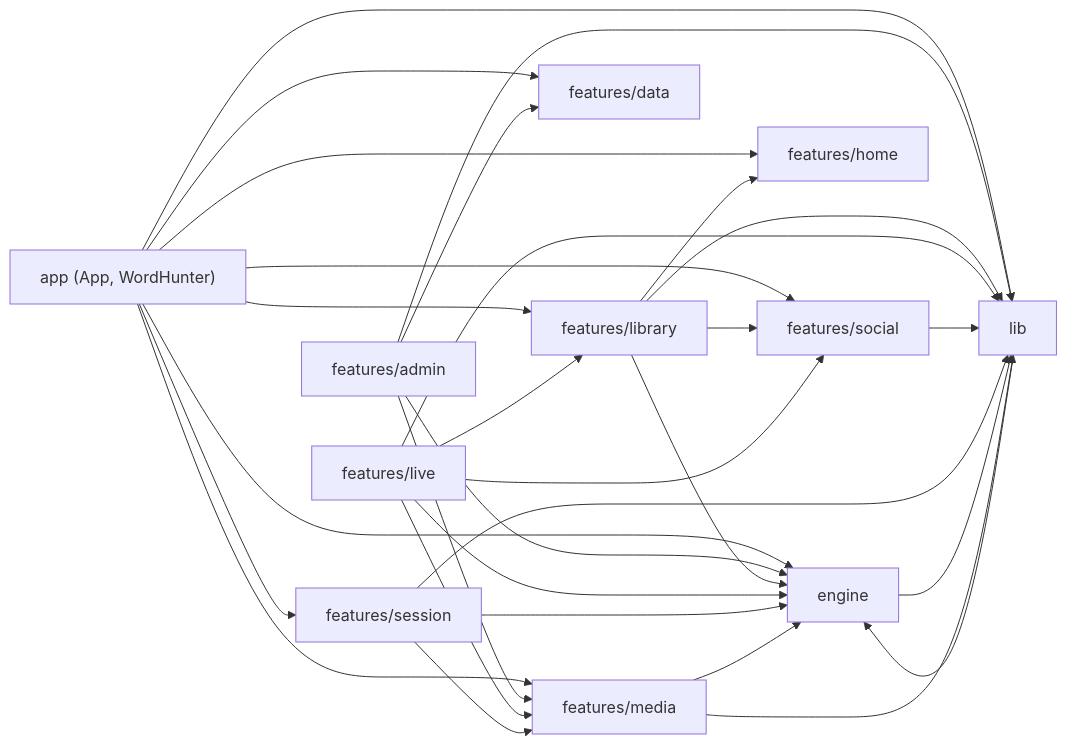
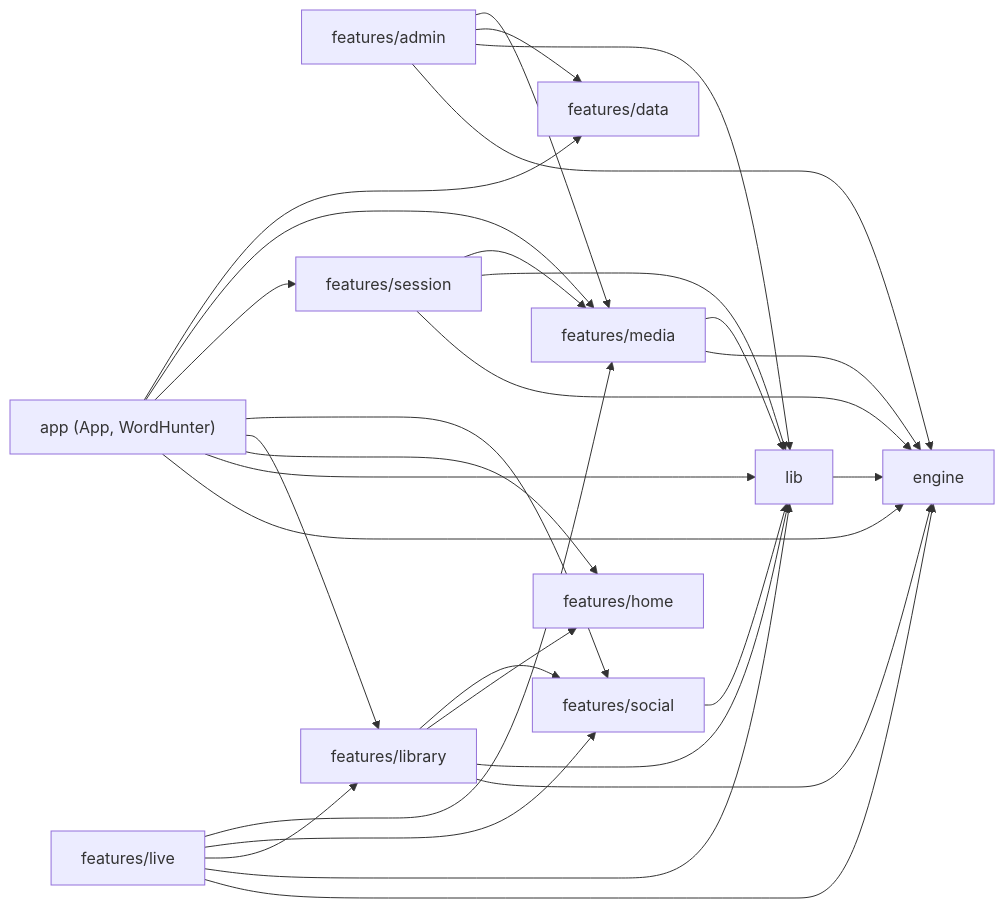
One commit to khaleddoosama/english-game changed the first of 2 diagrams in docs/architecture/module-map.md. Above: the diagram before and after it, drawn with Mermaid. The commit also changed other lines of this file and 37 other files, not shown here.

First line of the commit message:
Move the AI prompts out of the engine: end the engine <-> lib loop

````diff
--- a/docs/architecture/module-map.md
+++ b/docs/architecture/module-map.md
@@ -11,23 +11,22 @@
 ```mermaid
 flowchart LR
   app["app (App, WordHunter)"]
   engine["engine"]
   lib["lib"]
   admin["features/admin"]
   library["features/library"]
   live["features/live"]
   social["features/social"]
   session["features/session"]
   home["features/home"]
   media["features/media"]
   data["features/data"]
   app --> engine & lib & home & library & social & session & media & data
   admin --> engine & lib & data & media
   library --> engine & lib & home & social
   live --> engine & lib & library & social & media
   social --> lib
   session --> engine & lib & media
-  engine --> lib
   lib --> engine
   media --> engine & lib
 ```
````
